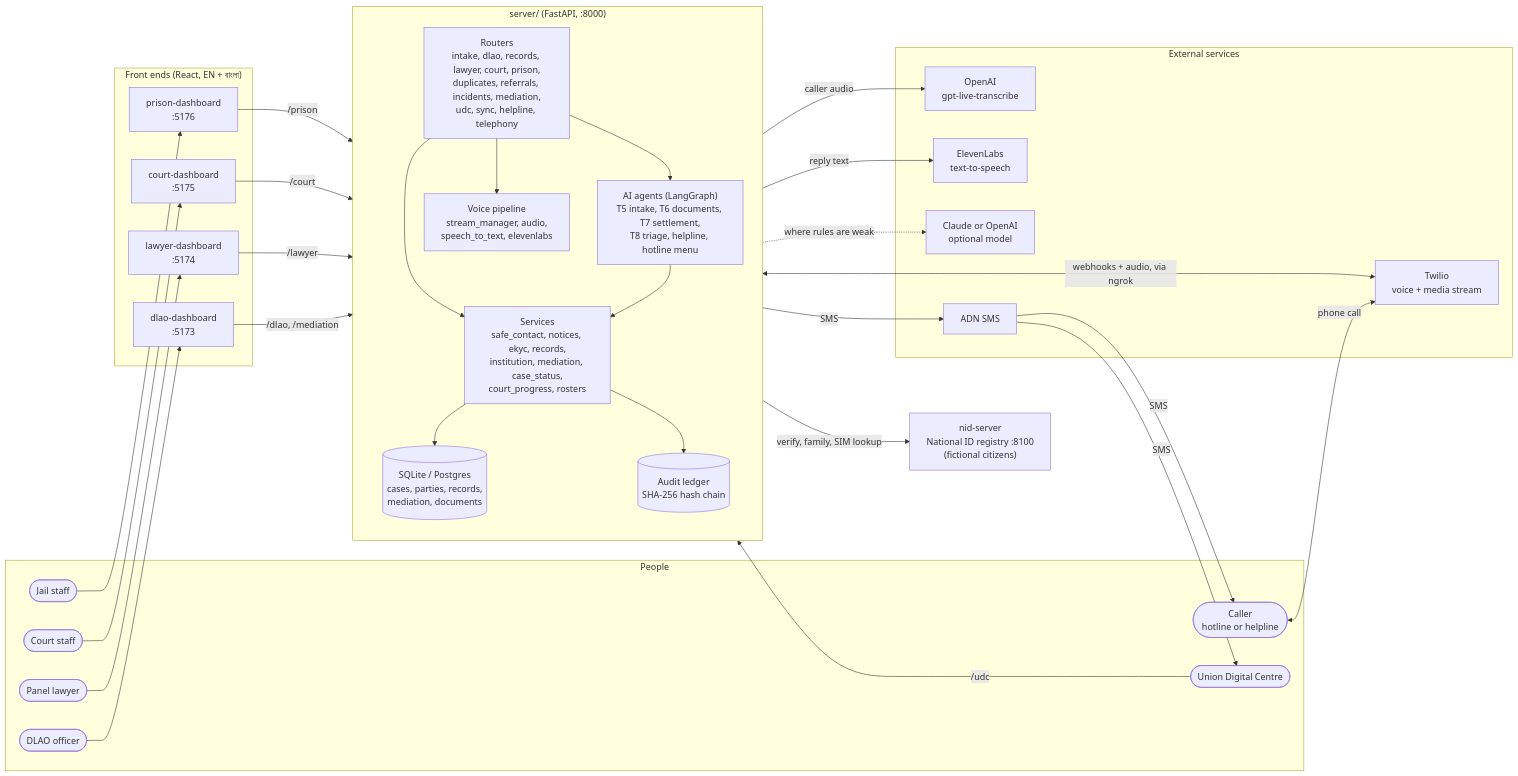
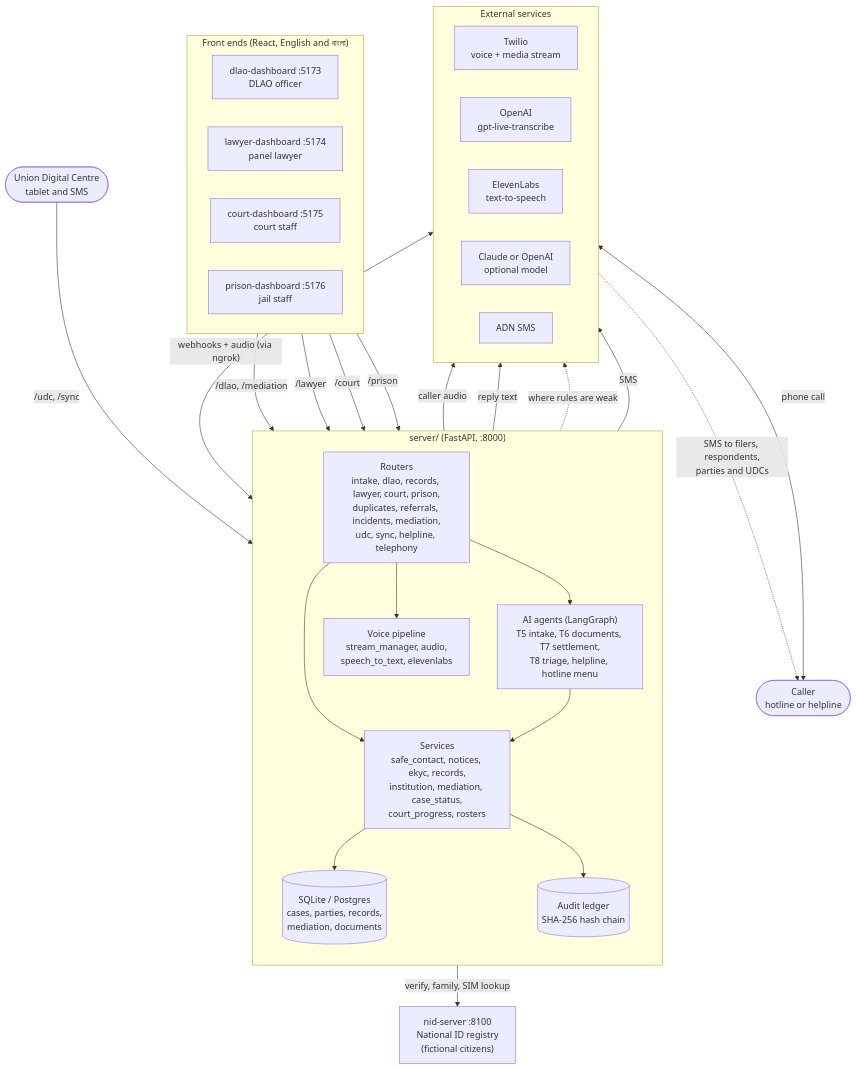
The first of 21 diagrams in README.md (muztahiddurjoy/vanguard), drawn with Mermaid before and after one commit. The commit also changed other lines of this file, not shown here.

First line of the commit message:
docs(readme): add testing, configuration, layout and troubleshooting; simplify system diagram

````diff
--- a/README.md
+++ b/README.md
@@ -64,64 +64,54 @@
 ```mermaid
-flowchart LR
-  subgraph People["People"]
-    Caller(["Caller<br/>hotline or helpline"])
-    Officer(["DLAO officer"])
-    Lawyer(["Panel lawyer"])
-    CourtStaff(["Court staff"])
-    JailStaff(["Jail staff"])
-    UDCStaff(["Union Digital Centre"])
+flowchart TB
+  subgraph Front["Front ends (React, English and বাংলা)"]
+    direction LR
+    DLAO["dlao-dashboard :5173<br/>DLAO officer"]
+    LAW["lawyer-dashboard :5174<br/>panel lawyer"]
+    COURT["court-dashboard :5175<br/>court staff"]
+    PRISON["prison-dashboard :5176<br/>jail staff"]
   end
 
-  subgraph Front["Front ends (React, EN + বাংলা)"]
-    DLAO["dlao-dashboard<br/>:5173"]
-    LAW["lawyer-dashboard<br/>:5174"]
-    COURT["court-dashboard<br/>:5175"]
-    PRISON["prison-dashboard<br/>:5176"]
-  end
+  Caller(["Caller<br/>hotline or helpline"])
+  UDC(["Union Digital Centre<br/>tablet and SMS"])
 
   subgraph Back["server/ (FastAPI, :8000)"]
     direction TB
     Routers["Routers<br/>intake, dlao, records, lawyer, court, prison,<br/>duplicates, referrals, incidents, mediation,<br/>udc, sync, helpline, telephony"]
     Agents["AI agents (LangGraph)<br/>T5 intake, T6 documents, T7 settlement,<br/>T8 triage, helpline, hotline menu"]
     Services["Services<br/>safe_contact, notices, ekyc, records,<br/>institution, mediation, case_status,<br/>court_progress, rosters"]
     Voice["Voice pipeline<br/>stream_manager, audio,<br/>speech_to_text, elevenlabs"]
+    DB[("SQLite / Postgres<br/>cases, parties, records,<br/>mediation, documents")]
     Audit[("Audit ledger<br/>SHA-256 hash chain")]
-    DB[("SQLite / Postgres<br/>cases, parties, records,<br/>mediation, documents")]
     Routers --> Agents
     Routers --> Services
     Routers --> Voice
     Agents --> Services
     Services --> DB
     Services --> Audit
   end
 
-  NID["nid-server<br/>National ID registry :8100<br/>(fictional citizens)"]
+  NID["nid-server :8100<br/>National ID registry<br/>(fictional citizens)"]
 
   subgraph Ext["External services"]
+    direction LR
     Twilio["Twilio<br/>voice + media stream"]
     STT["OpenAI<br/>gpt-live-transcribe"]
     TTS["ElevenLabs<br/>text-to-speech"]
     LLM["Claude or OpenAI<br/>optional model"]
     ADN["ADN SMS"]
   end
 
-  Caller <-->|phone call| Twilio
-  Twilio <-->|webhooks + audio, via ngrok| Voice
-  Voice -->|caller audio| STT
-  Voice -->|reply text| TTS
-  Agents -.->|where rules are weak| LLM
-  Services -->|SMS| ADN
-  ADN -->|SMS| Caller
-  ADN -->|SMS| UDCStaff
-  Services -->|verify, family, SIM lookup| NID
-
-  Officer --> DLAO
-  Lawyer --> LAW
-  CourtStaff --> COURT
-  JailStaff --> PRISON
-  DLAO -->|/dlao, /mediation| Routers
-  LAW -->|/lawyer| Routers
-  COURT -->|/court| Routers
-  PRISON -->|/prison| Routers
-  UDCStaff -->|/udc| Routers
+  DLAO -->|"/dlao, /mediation"| Routers
+  LAW -->|"/lawyer"| Routers
+  COURT -->|"/court"| Routers
+  PRISON -->|"/prison"| Routers
+  UDC -->|"/udc, /sync"| Routers
+  Caller <-->|"phone call"| Twilio
+  Twilio <-->|"webhooks + audio (via ngrok)"| Voice
+  Voice -->|"caller audio"| STT
+  Voice -->|"reply text"| TTS
+  Agents -.->|"where rules are weak"| LLM
+  Services -->|"verify, family, SIM lookup"| NID
+  Services -->|"SMS"| ADN
+  ADN -.->|"SMS to filers, respondents,<br/>parties and UDCs"| Caller
 ```
````
